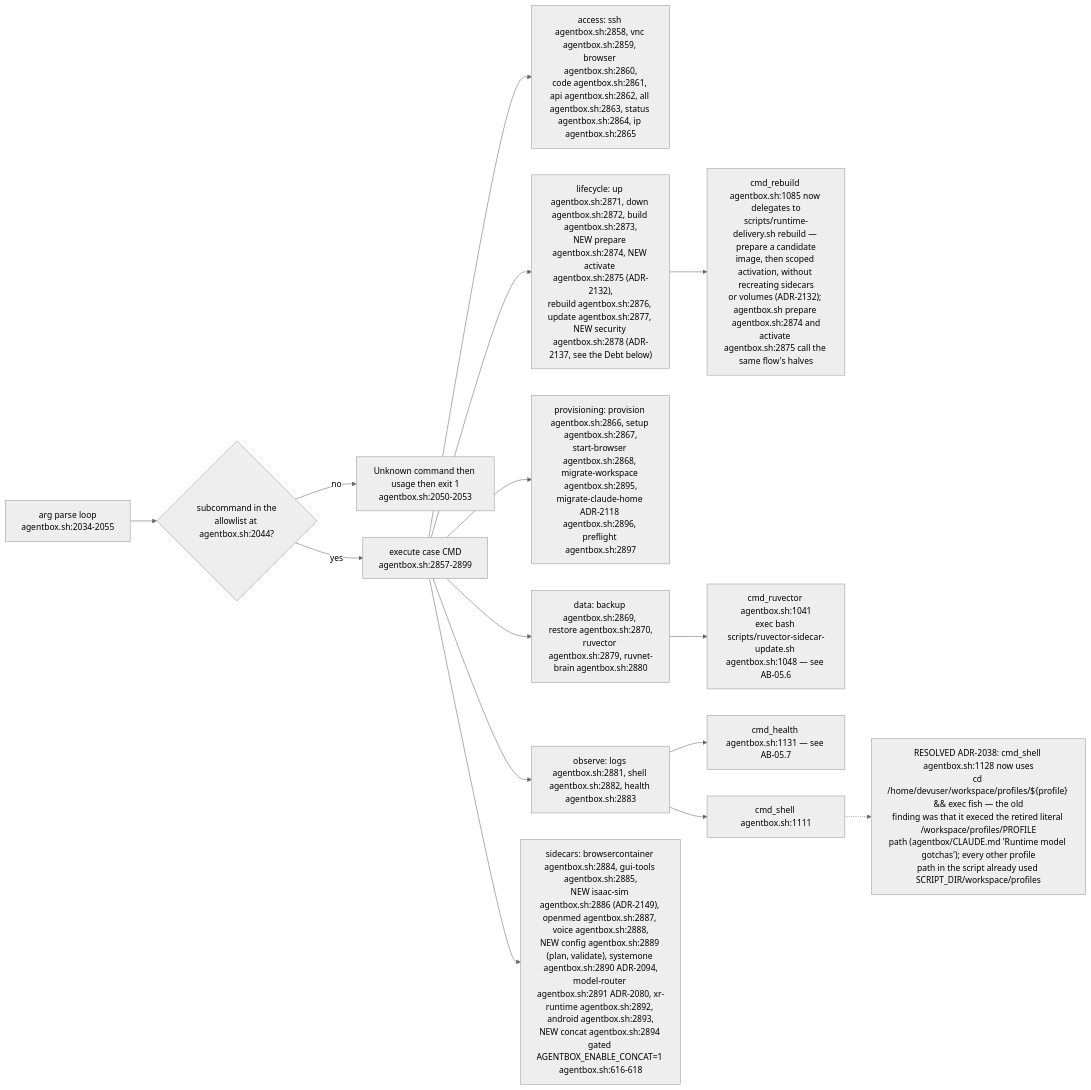
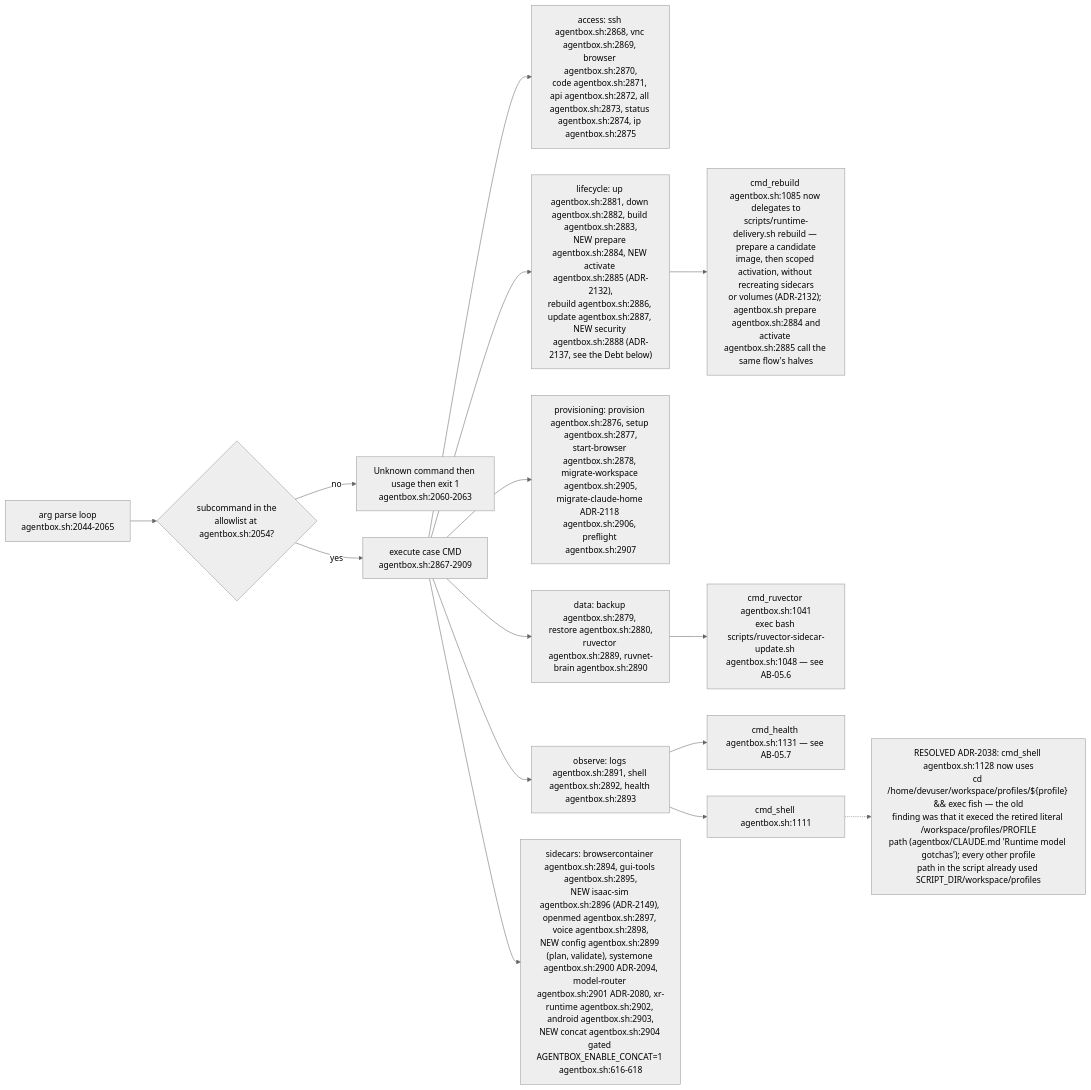
One commit to DreamLab-AI/VisionFlow changed the fifth of 16 diagrams in docs/diagrams/agentbox/05-manifest-gates-and-cli.md. Above: the diagram before and after it, drawn with Mermaid (neutral theme). The commit also changed other lines of this file, not shown here.

First line of the commit message:
diagrams(agentbox): re-verify AB-05 at agentbox 59b1aca

````diff
--- a/docs/diagrams/agentbox/05-manifest-gates-and-cli.md
+++ b/docs/diagrams/agentbox/05-manifest-gates-and-cli.md
@@ -172,17 +172,17 @@
 ```mermaid
 flowchart LR
-    ARG["arg parse loop<br/>agentbox.sh:2034-2055"] --> AL{"subcommand in the<br/>allowlist at agentbox.sh:2044?"}
-    AL -->|no| ERR["Unknown command then usage then exit 1<br/>agentbox.sh:2050-2053"]
-    AL -->|yes| CASE["execute case CMD<br/>agentbox.sh:2857-2899"]
-    CASE --> G1["access: ssh agentbox.sh:2858, vnc agentbox.sh:2859, browser agentbox.sh:2860,<br/>code agentbox.sh:2861, api agentbox.sh:2862, all agentbox.sh:2863, status agentbox.sh:2864, ip agentbox.sh:2865"]
-    CASE --> G2["lifecycle: up agentbox.sh:2871, down agentbox.sh:2872, build agentbox.sh:2873,<br/>NEW prepare agentbox.sh:2874, NEW activate agentbox.sh:2875 (ADR-2132),<br/>rebuild agentbox.sh:2876, update agentbox.sh:2877, NEW security agentbox.sh:2878 (ADR-2137, see the Debt below)"]
-    CASE --> G3["provisioning: provision agentbox.sh:2866, setup agentbox.sh:2867,<br/>start-browser agentbox.sh:2868, migrate-workspace agentbox.sh:2895,<br/>migrate-claude-home ADR-2118 agentbox.sh:2896, preflight agentbox.sh:2897"]
-    CASE --> G4["data: backup agentbox.sh:2869, restore agentbox.sh:2870,<br/>ruvector agentbox.sh:2879, ruvnet-brain agentbox.sh:2880"]
-    CASE --> G5["observe: logs agentbox.sh:2881, shell agentbox.sh:2882, health agentbox.sh:2883"]
-    CASE --> G6["sidecars: browsercontainer agentbox.sh:2884, gui-tools agentbox.sh:2885,<br/>NEW isaac-sim agentbox.sh:2886 (ADR-2149), openmed agentbox.sh:2887, voice agentbox.sh:2888,<br/>NEW config agentbox.sh:2889 (plan, validate), systemone agentbox.sh:2890 ADR-2094,<br/>model-router agentbox.sh:2891 ADR-2080, xr-runtime agentbox.sh:2892, android agentbox.sh:2893,<br/>NEW concat agentbox.sh:2894 gated AGENTBOX_ENABLE_CONCAT=1 agentbox.sh:616-618"]
-    G2 --> RB["cmd_rebuild agentbox.sh:1085 now delegates to<br/>scripts/runtime-delivery.sh rebuild — prepare a candidate<br/>image, then scoped activation, without recreating sidecars<br/>or volumes (ADR-2132); agentbox.sh prepare agentbox.sh:2874 and<br/>activate agentbox.sh:2875 call the same flow's halves"]
+    ARG["arg parse loop<br/>agentbox.sh:2044-2065"] --> AL{"subcommand in the<br/>allowlist at agentbox.sh:2054?"}
+    AL -->|no| ERR["Unknown command then usage then exit 1<br/>agentbox.sh:2060-2063"]
+    AL -->|yes| CASE["execute case CMD<br/>agentbox.sh:2867-2909"]
+    CASE --> G1["access: ssh agentbox.sh:2868, vnc agentbox.sh:2869, browser agentbox.sh:2870,<br/>code agentbox.sh:2871, api agentbox.sh:2872, all agentbox.sh:2873, status agentbox.sh:2874, ip agentbox.sh:2875"]
+    CASE --> G2["lifecycle: up agentbox.sh:2881, down agentbox.sh:2882, build agentbox.sh:2883,<br/>NEW prepare agentbox.sh:2884, NEW activate agentbox.sh:2885 (ADR-2132),<br/>rebuild agentbox.sh:2886, update agentbox.sh:2887, NEW security agentbox.sh:2888 (ADR-2137, see the Debt below)"]
+    CASE --> G3["provisioning: provision agentbox.sh:2876, setup agentbox.sh:2877,<br/>start-browser agentbox.sh:2878, migrate-workspace agentbox.sh:2905,<br/>migrate-claude-home ADR-2118 agentbox.sh:2906, preflight agentbox.sh:2907"]
+    CASE --> G4["data: backup agentbox.sh:2879, restore agentbox.sh:2880,<br/>ruvector agentbox.sh:2889, ruvnet-brain agentbox.sh:2890"]
+    CASE --> G5["observe: logs agentbox.sh:2891, shell agentbox.sh:2892, health agentbox.sh:2893"]
+    CASE --> G6["sidecars: browsercontainer agentbox.sh:2894, gui-tools agentbox.sh:2895,<br/>NEW isaac-sim agentbox.sh:2896 (ADR-2149), openmed agentbox.sh:2897, voice agentbox.sh:2898,<br/>NEW config agentbox.sh:2899 (plan, validate), systemone agentbox.sh:2900 ADR-2094,<br/>model-router agentbox.sh:2901 ADR-2080, xr-runtime agentbox.sh:2902, android agentbox.sh:2903,<br/>NEW concat agentbox.sh:2904 gated AGENTBOX_ENABLE_CONCAT=1 agentbox.sh:616-618"]
+    G2 --> RB["cmd_rebuild agentbox.sh:1085 now delegates to<br/>scripts/runtime-delivery.sh rebuild — prepare a candidate<br/>image, then scoped activation, without recreating sidecars<br/>or volumes (ADR-2132); agentbox.sh prepare agentbox.sh:2884 and<br/>activate agentbox.sh:2885 call the same flow's halves"]
     G4 --> RV["cmd_ruvector agentbox.sh:1041<br/>exec bash scripts/ruvector-sidecar-update.sh agentbox.sh:1048 — see AB-05.6"]
     G5 --> HL["cmd_health agentbox.sh:1131 — see AB-05.7"]
     G5 --> SH["cmd_shell agentbox.sh:1111"]
     SH -.-> RES1["RESOLVED ADR-2038: cmd_shell agentbox.sh:1128 now uses<br/>cd /home/devuser/workspace/profiles/${profile} && exec fish — the old<br/>finding was that it execed the retired literal /workspace/profiles/PROFILE<br/>path (agentbox/CLAUDE.md 'Runtime model gotchas'); every other profile<br/>path in the script already used SCRIPT_DIR/workspace/profiles"]
 ```
````
